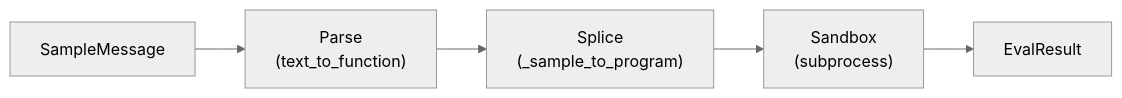
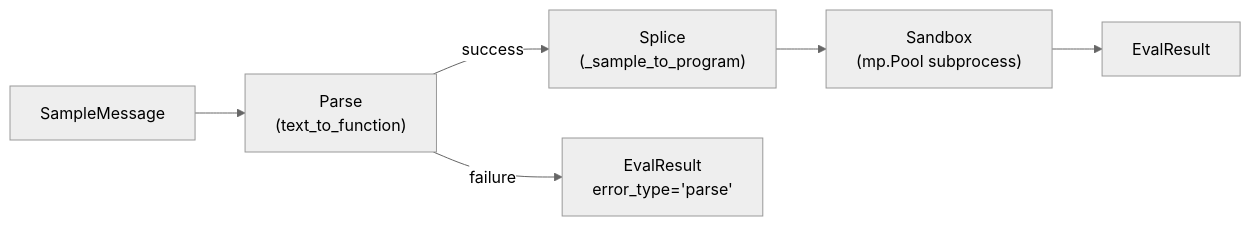
One commit to haolunc/AlphaEvolve_SymbolicRegression changed the first of 2 diagrams in docs/architecture/evaluator.md. Above: the diagram before and after it, drawn with Mermaid (neutral theme). The commit also changed other lines of this file and 35 other files, not shown here.

````diff
--- a/docs/architecture/evaluator.md
+++ b/docs/architecture/evaluator.md
@@ -14,7 +16,8 @@
 ```{mermaid}
 flowchart LR
     SM["SampleMessage"] --> Parse["Parse\n(text_to_function)"]
-    Parse --> Splice["Splice\n(_sample_to_program)"]
-    Splice --> Sandbox["Sandbox\n(subprocess)"]
+    Parse -->|success| Splice["Splice\n(_sample_to_program)"]
+    Parse -->|failure| PE["EvalResult\nerror_type='parse'"]
+    Splice --> Sandbox["Sandbox\n(mp.Pool subprocess)"]
     Sandbox --> ER["EvalResult"]
 ```
````
